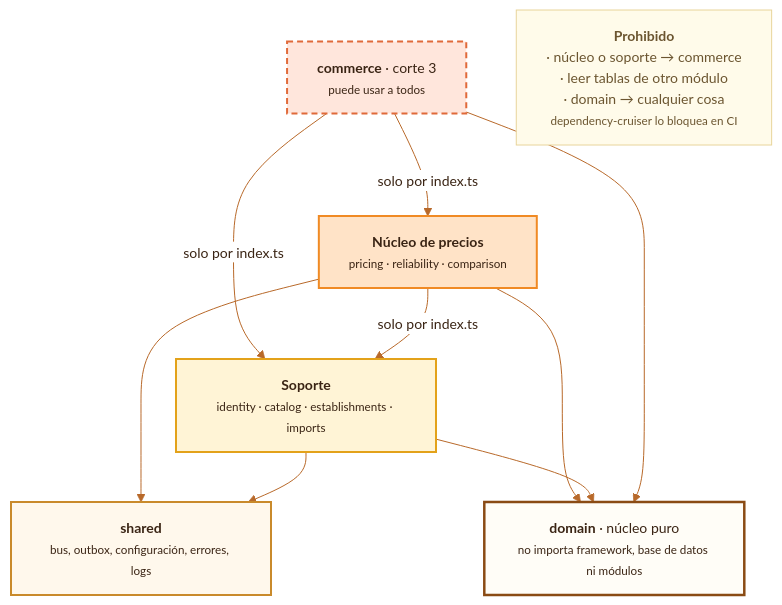
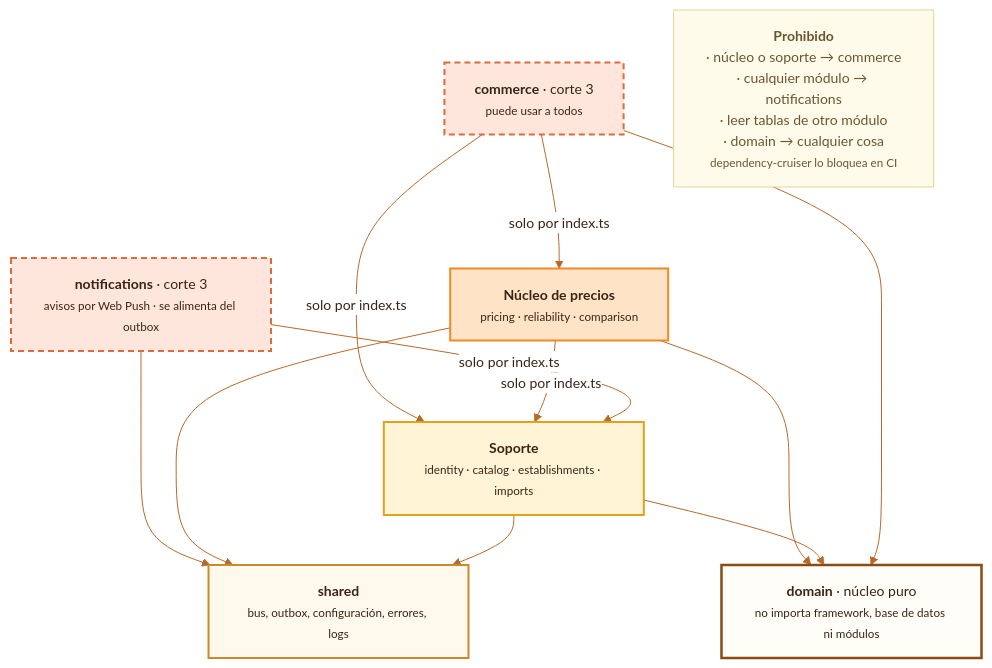
The diagram in docs/diagramas/04-dependencias.mmd (JuanJo0775/Sistema_valora_B), drawn with Mermaid before and after one commit. The commit also changed 2 other files, not shown here.

Commit message:
docs(arquitectura): agregar el módulo notifications y la regla nadie-conoce-notifications (#258)
Refs #258

```diff
--- a/docs/diagramas/04-dependencias.mmd
+++ b/docs/diagramas/04-dependencias.mmd
@@ -1,26 +1,29 @@
 %%{init: {"theme":"base","themeVariables":{"fontFamily":"DejaVu Sans, Verdana, Arial, sans-serif","fontSize":"14px","primaryColor":"#FFF1DF","primaryBorderColor":"#F08A24","primaryTextColor":"#3A2414","secondaryColor":"#FFF7D6","tertiaryColor":"#FFFBF4","lineColor":"#B8692A","textColor":"#3A2414","clusterBkg":"#FFFBF4","clusterBorder":"#E8C9A0","edgeLabelBackground":"#FFFFFF","actorBkg":"#FFE3C7","actorBorder":"#F08A24","actorTextColor":"#3A2414","actorLineColor":"#E8B98A","signalColor":"#8A4B14","signalTextColor":"#3A2414","labelBoxBkgColor":"#FFE3C7","labelBoxBorderColor":"#F08A24","labelTextColor":"#3A2414","loopTextColor":"#8A4B14","noteBkgColor":"#FFF7D6","noteBorderColor":"#E3A21A","noteTextColor":"#3A2414","activationBkgColor":"#FFD7A8","activationBorderColor":"#F08A24","sequenceNumberColor":"#FFFFFF"}}}%%
 flowchart TB
   COMM["<b>commerce</b> · corte 3<br/><small>puede usar a todos</small>"]:::evol
   NUC["<b>Núcleo de precios</b><br/><small>pricing · reliability · comparison</small>"]:::nucleo
   SOP["<b>Soporte</b><br/><small>identity · catalog · establishments · imports</small>"]:::soporte
+  NOTI["<b>notifications</b> · corte 3<br/><small>avisos por Web Push · se alimenta del outbox</small>"]:::evol
   SH["<b>shared</b><br/><small>bus, outbox, configuración, errores, logs</small>"]:::datos
   DOM["<b>domain</b> · núcleo puro<br/><small>no importa framework, base de datos ni módulos</small>"]:::dominio
   COMM -->|"solo por index.ts"| NUC
   COMM -->|"solo por index.ts"| SOP
   NUC -->|"solo por index.ts"| SOP
+  NOTI -->|"solo por index.ts"| SOP
+  NOTI --> SH
   NUC --> SH
   SOP --> SH
   NUC --> DOM
   SOP --> DOM
   COMM --> DOM
-  NO["<b>Prohibido</b><br/>· núcleo o soporte → commerce<br/>· leer tablas de otro módulo<br/>· domain → cualquier cosa<br/><small>dependency-cruiser lo bloquea en CI</small>"]:::nota
+  NO["<b>Prohibido</b><br/>· núcleo o soporte → commerce<br/>· cualquier módulo → notifications<br/>· leer tablas de otro módulo<br/>· domain → cualquier cosa<br/><small>dependency-cruiser lo bloquea en CI</small>"]:::nota
 
 classDef persona fill:#FFD7A8,stroke:#C2570C,stroke-width:2px,color:#3A2414
 classDef sistema fill:#FD8A2E,stroke:#C2570C,stroke-width:2px,color:#2A1405
 classDef nucleo fill:#FFE3C7,stroke:#F08A24,stroke-width:2px,color:#3A2414
 classDef soporte fill:#FFF4D6,stroke:#E3A21A,stroke-width:2px,color:#3A2414
 classDef evol fill:#FFE6DC,stroke:#E06A3A,stroke-width:2px,stroke-dasharray:6 4,color:#3A2414
 classDef externo fill:#F4EFE8,stroke:#A39788,stroke-width:1.5px,stroke-dasharray:4 3,color:#4A3F35
 classDef datos fill:#FFF8EC,stroke:#C98A2B,stroke-width:2px,color:#3A2414
 classDef dominio fill:#FFFDF7,stroke:#8A4B14,stroke-width:2.5px,color:#3A2414
 classDef nota fill:#FFFBEA,stroke:#E8D49A,stroke-width:1px,color:#6B5530
```
